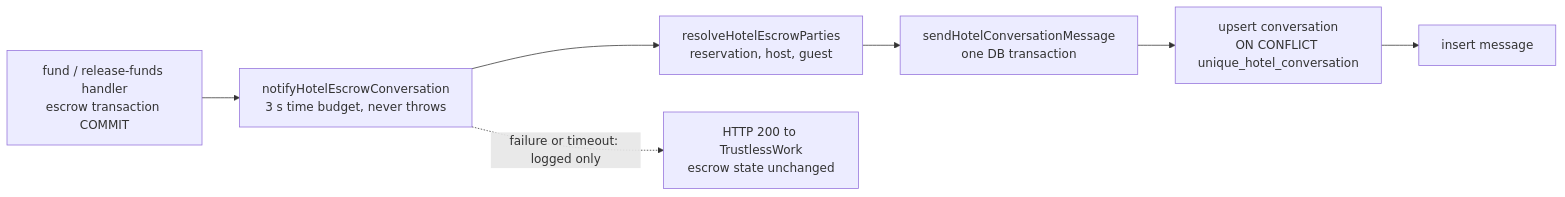
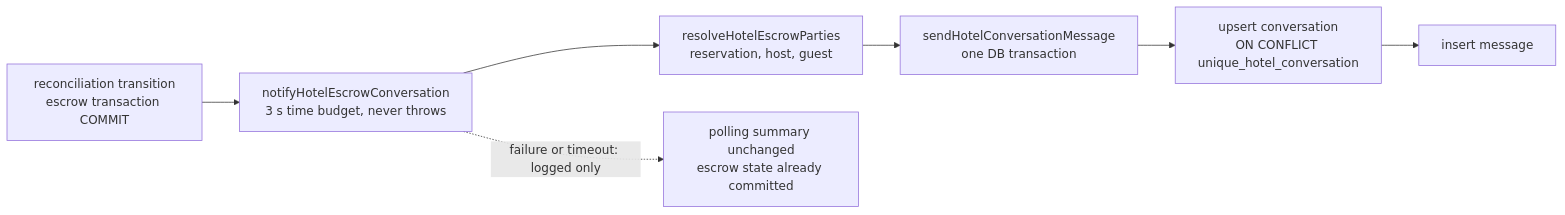
Before and after one commit to safetrustcr/backend-SafeTrust: the diagram in docs/architecture/hotel-conversation-notifications.md, drawn with Mermaid. The commit also changed other lines of this file and 44 other files, not shown here.

First line of the commit message:
fix(reconciliation): make polling authoritative for escrow transitions (#750) (#769)

````diff
--- a/docs/architecture/hotel-conversation-notifications.md
+++ b/docs/architecture/hotel-conversation-notifications.md
@@ -10,9 +10,9 @@
 ```mermaid
 graph LR
-  A["fund / release-funds handler<br/>escrow transaction COMMIT"] --> B["notifyHotelEscrowConversation<br/>3 s time budget, never throws"]
+  A["reconciliation transition<br/>escrow transaction COMMIT"] --> B["notifyHotelEscrowConversation<br/>3 s time budget, never throws"]
   B --> C["resolveHotelEscrowParties<br/>reservation, host, guest"]
   C --> D["sendHotelConversationMessage<br/>one DB transaction"]
   D --> E["upsert conversation<br/>ON CONFLICT unique_hotel_conversation"]
   E --> F["insert message"]
-  B -. "failure or timeout: logged only" .-> G["HTTP 200 to TrustlessWork<br/>escrow state unchanged"]
+  B -. "failure or timeout: logged only" .-> G["polling summary unchanged<br/>escrow state already committed"]
 ```
````
